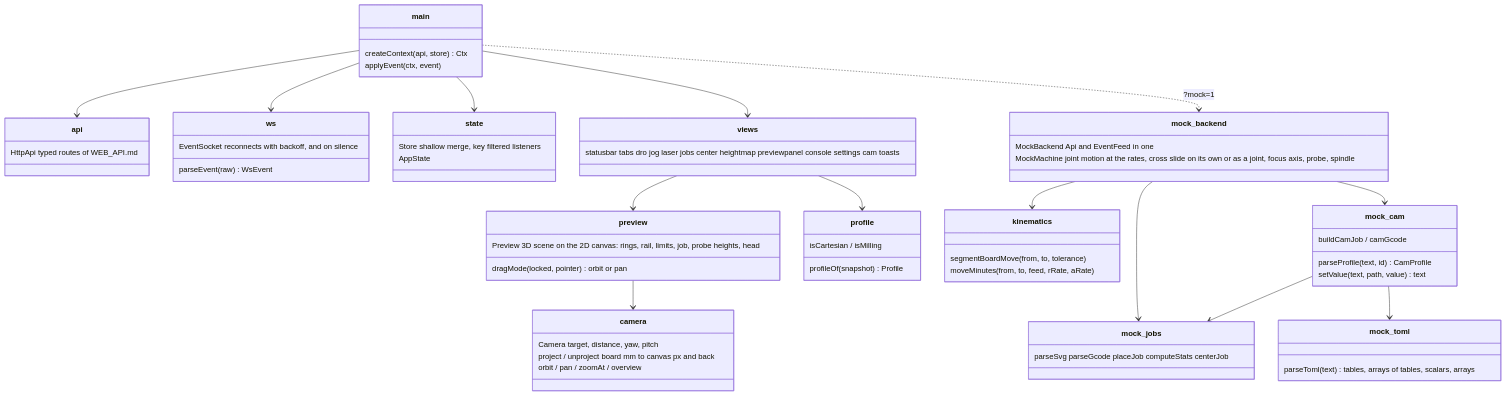
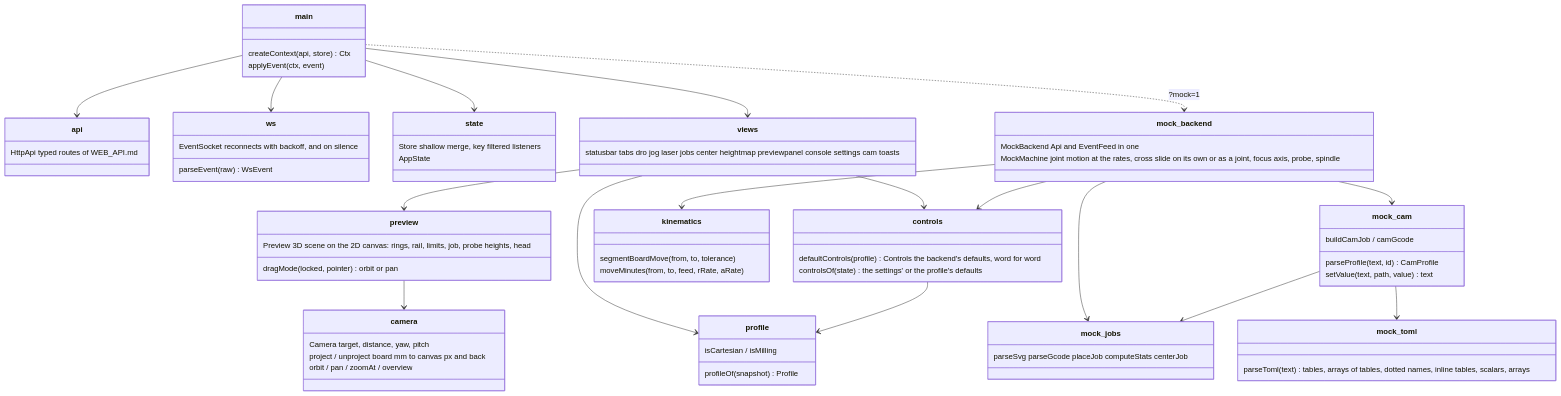
Before and after one commit to tmpk13/spinny-cnc: the diagram in web/frontend/README.md, drawn with Mermaid. The commit also changed other lines of this file and 27 other files, not shown here.

````diff
--- a/web/frontend/README.md
+++ b/web/frontend/README.md
@@ -89,66 +96,73 @@
 ```mermaid
 classDiagram
     class main {
         createContext(api, store) Ctx
         applyEvent(ctx, event)
     }
     class api {
         HttpApi  typed routes of WEB_API.md
     }
     class ws {
         EventSocket  reconnects with backoff, and on silence
         parseEvent(raw) WsEvent
     }
     class state {
         Store  shallow merge, key filtered listeners
         AppState
     }
     class views {
         statusbar tabs dro jog laser jobs center heightmap previewpanel console settings cam toasts
     }
     class preview {
         Preview  3D scene on the 2D canvas: rings, rail, limits, job, probe heights, head
         dragMode(locked, pointer) orbit or pan
     }
     class camera {
         Camera target, distance, yaw, pitch
         project / unproject  board mm to canvas px and back
         orbit / pan / zoomAt / overview
     }
     class profile {
         profileOf(snapshot) Profile
         isCartesian / isMilling
     }
+    class controls {
+        defaultControls(profile) Controls  the backend's defaults, word for word
+        controlsOf(state) the settings' or the profile's defaults
+    }
     class kinematics {
         segmentBoardMove(from, to, tolerance)
         moveMinutes(from, to, feed, rRate, aRate)
     }
     class mock_backend {
         MockBackend  Api and EventFeed in one
         MockMachine  joint motion at the rates, cross slide on its own or as a joint, focus axis, probe, spindle
     }
     class mock_jobs {
         parseSvg parseGcode placeJob computeStats centerJob
     }
     class mock_cam {
         parseProfile(text, id) CamProfile
         setValue(text, path, value) text
         buildCamJob / camGcode
     }
     class mock_toml {
-        parseToml(text) tables, arrays of tables, scalars, arrays
+        parseToml(text) tables, arrays of tables, dotted names, inline tables, scalars, arrays
     }
     main --> api
     main --> ws
     main --> state
     main --> views
     views --> preview
     preview --> camera
     views --> profile
+    views --> controls
+    controls --> profile
+    mock_backend --> controls
     mock_backend --> kinematics
     mock_backend --> mock_jobs
     mock_backend --> mock_cam
     mock_cam --> mock_toml
     mock_cam --> mock_jobs
     main ..> mock_backend : ?mock=1
 ```
````
